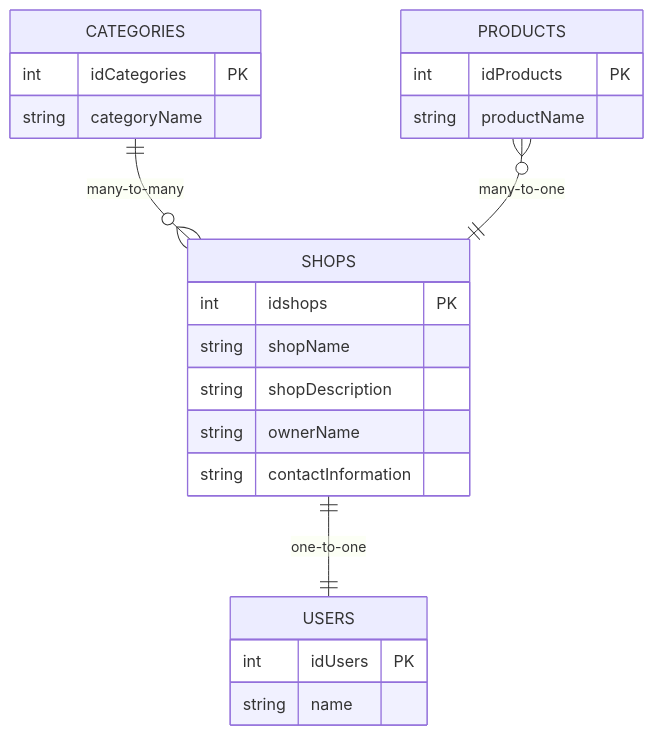
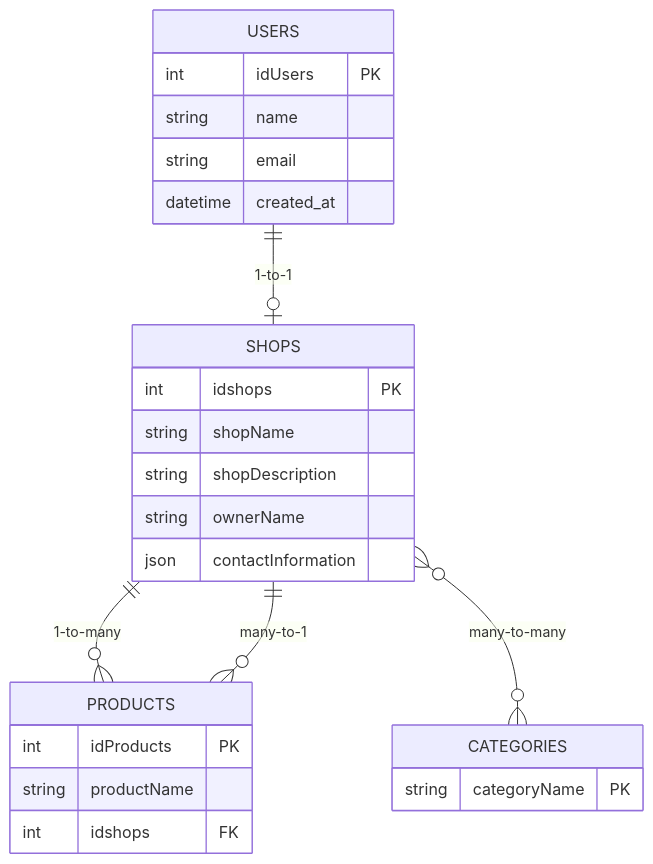
The diagram in architecture/db.mmd (aiillssa/Husky-Hustler-Backend), drawn with Mermaid before and after one commit. The commit also changed 5 other files, not shown here.

Commit message:
Filtering shops by category done

```diff
--- a/architecture/db.mmd
+++ b/architecture/db.mmd
@@ -1,25 +1,30 @@
 erDiagram
-    CATEGORIES {
-        int idCategories PK
-        string categoryName
+    USERS {
+        int idUsers PK
+        string name
+        string email
+        datetime created_at
     }
+
     SHOPS {
         int idshops PK
         string shopName
         string shopDescription
         string ownerName
-        string contactInformation
+        json contactInformation
     }
-    USERS {
-        int idUsers PK
-        string name
+
+    CATEGORIES {
+        string categoryName PK
     }
+
     PRODUCTS {
         int idProducts PK
         string productName
+        int idshops FK
     }
 
-    %% Relationships
-    CATEGORIES ||--o{ SHOPS : "many-to-many"
-    SHOPS ||--|| USERS : "one-to-one"
-    PRODUCTS }o--|| SHOPS : "many-to-one"
+    USERS ||--o| SHOPS : "1-to-1"
+    SHOPS ||--o{ PRODUCTS : "1-to-many"
+    SHOPS }o--o{ CATEGORIES : "many-to-many"
+    PRODUCTS }o--|| SHOPS : "many-to-1"
```
